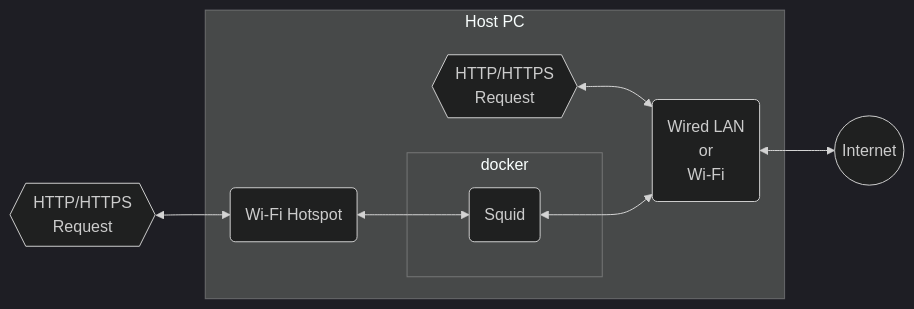
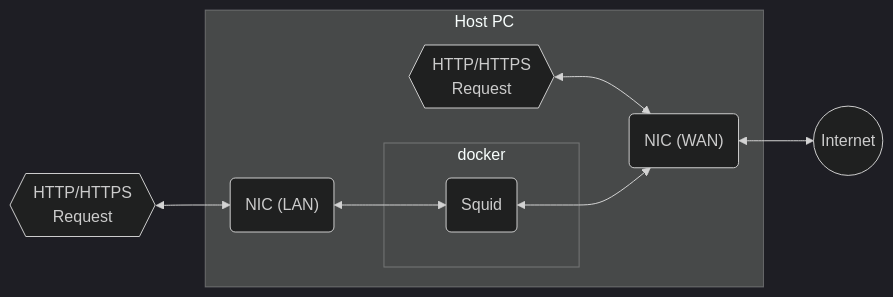
The diagram in README.md (ec22s/docker-squid-sslbump), drawn with Mermaid (dark theme) before and after one commit. The commit also changed other lines of this file, not shown here.

````diff
--- a/README.md
+++ b/README.md
@@ -24,14 +24,14 @@
   ```mermaid
   flowchart LR
-      r1{{HTTP/HTTPS<br>Request}} <--> w1(Wi-Fi Hotspot)
+      r1{{HTTP/HTTPS<br>Request}} <--> w1("NIC (LAN)")
       subgraph Host PC
           w1
           subgraph docker
               s(Squid)
           end
-          r2{{HTTP/HTTPS<br>Request}} <--> w2(Wired LAN<br>or<br>Wi-Fi)
+          r2{{HTTP/HTTPS<br>Request}} <--> w2("NIC (WAN)")
       end
       w1 <--> s
       s <--> w2
       w2 <--> i((Internet))
   ```
````
